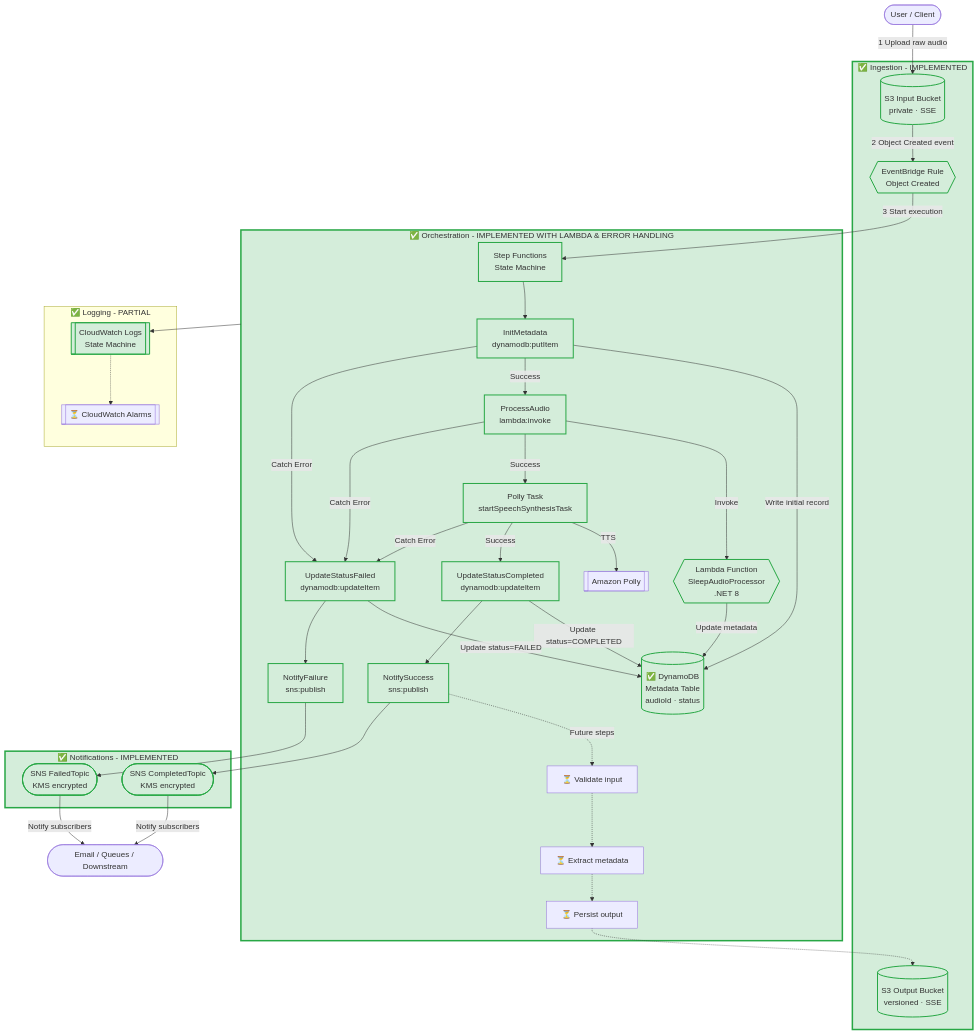
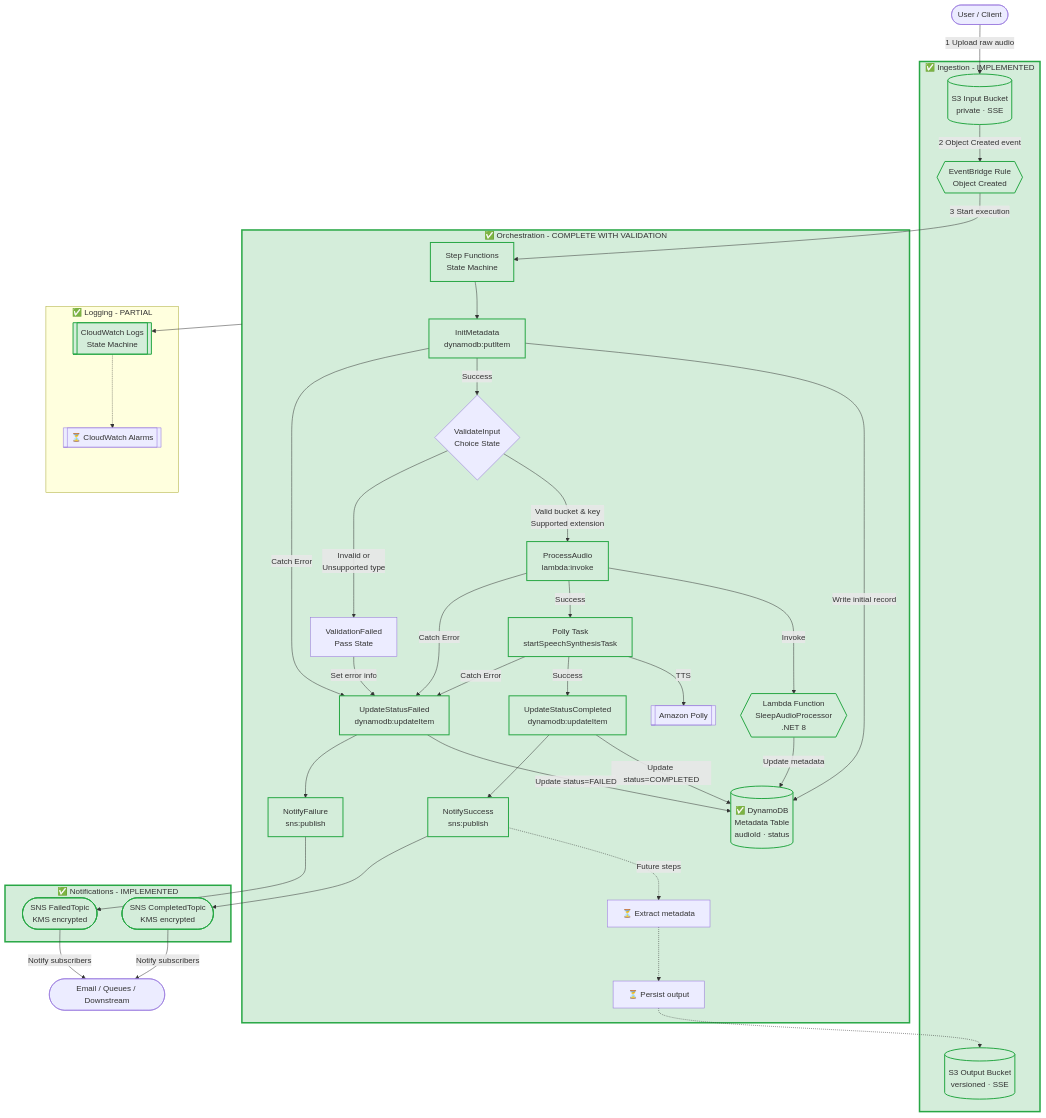
The diagram in ARCHITECTURE.md (obstreperous-ai/cdk-sleep-csharp-copilot), drawn with Mermaid before and after one commit. The commit also changed other lines of this file, not shown here.

First line of the commit message:
docs: Update ARCHITECTURE.md for Issue #8 - Complete pipeline with validation

```diff
--- a/ARCHITECTURE.md
+++ b/ARCHITECTURE.md
@@ -291,9 +383,11 @@
 
     eventBridge -->|3 Start execution| sfn
 
-    subgraph processing[✅ Orchestration - IMPLEMENTED WITH LAMBDA & ERROR HANDLING]
+    subgraph processing[✅ Orchestration - COMPLETE WITH VALIDATION]
         sfn[Step Functions<br/>State Machine]
         initMetadata[InitMetadata<br/>dynamodb:putItem]
+        validateInput{ValidateInput<br/>Choice State}
+        validationFailed[ValidationFailed<br/>Pass State]
         processAudio[ProcessAudio<br/>lambda:invoke]
         lambdaFunc{{Lambda Function<br/>SleepAudioProcessor<br/>.NET 8}}
         pollyTask[Polly Task<br/>startSpeechSynthesisTask]
@@ -304,8 +398,13 @@
         
         sfn --> initMetadata
         initMetadata -->|Write initial record| dynamo
-        initMetadata -->|Success| processAudio
+        initMetadata -->|Success| validateInput
         initMetadata -->|Catch Error| updateFailed
+        
+        validateInput -->|Valid bucket & key<br/>Supported extension| processAudio
+        validateInput -->|Invalid or<br/>Unsupported type| validationFailed
+        validationFailed -->|Set error info| updateFailed
+        
         processAudio -->|Invoke| lambdaFunc
         lambdaFunc -->|Update metadata| dynamo
         processAudio -->|Success| pollyTask
@@ -318,12 +417,10 @@
         updateCompleted --> notifySuccess
         updateFailed --> notifyFailure
         
-        validate[⏳ Validate input]
         metadata[⏳ Extract metadata]
         persist[⏳ Persist output]
         
-        notifySuccess -.->|Future steps| validate
-        validate -.-> metadata
+        notifySuccess -.->|Future steps| metadata
         metadata -.-> persist
         persist -.-> outputBucket
     end
```
